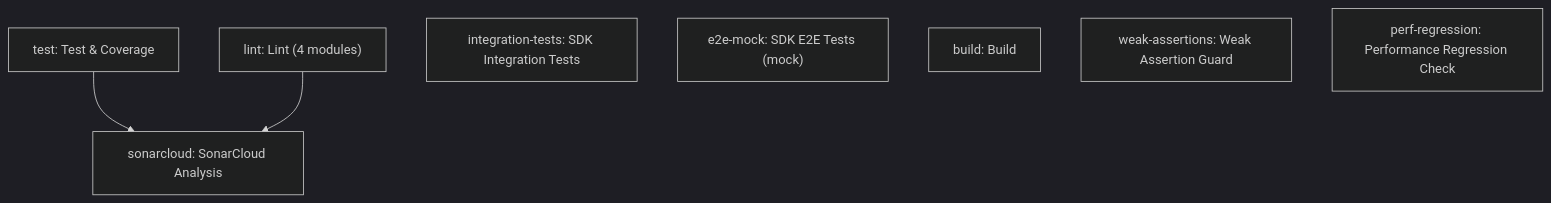
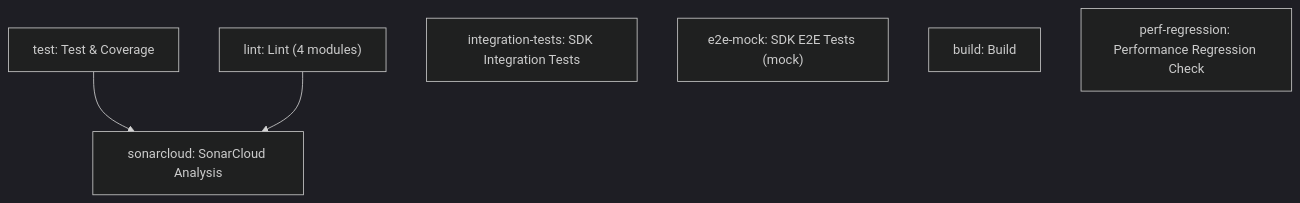
Before and after one commit to AltairaLabs/PromptKit: the second of 6 diagrams in docs/src/content/docs/devops/ci-cd-diagrams.md, drawn with Mermaid (dark theme). The commit also changed other lines of this file and 7 other files, not shown here.

First line of the commit message:
ci: make the weak-assertion and mutation gates required (#2635)

````diff
--- a/docs/src/content/docs/devops/ci-cd-diagrams.md
+++ b/docs/src/content/docs/devops/ci-cd-diagrams.md
@@ -67,14 +68,13 @@
 ```mermaid
 flowchart TD
     test["test: Test & Coverage"]
     lint["lint: Lint (4 modules)"]
     sonar["sonarcloud: SonarCloud Analysis"]
     integ["integration-tests: SDK Integration Tests"]
     e2e["e2e-mock: SDK E2E Tests (mock)"]
     build["build: Build"]
-    weak["weak-assertions: Weak Assertion Guard"]
     perf["perf-regression: Performance Regression Check"]
 
     test --> sonar
     lint --> sonar
 ```
````
